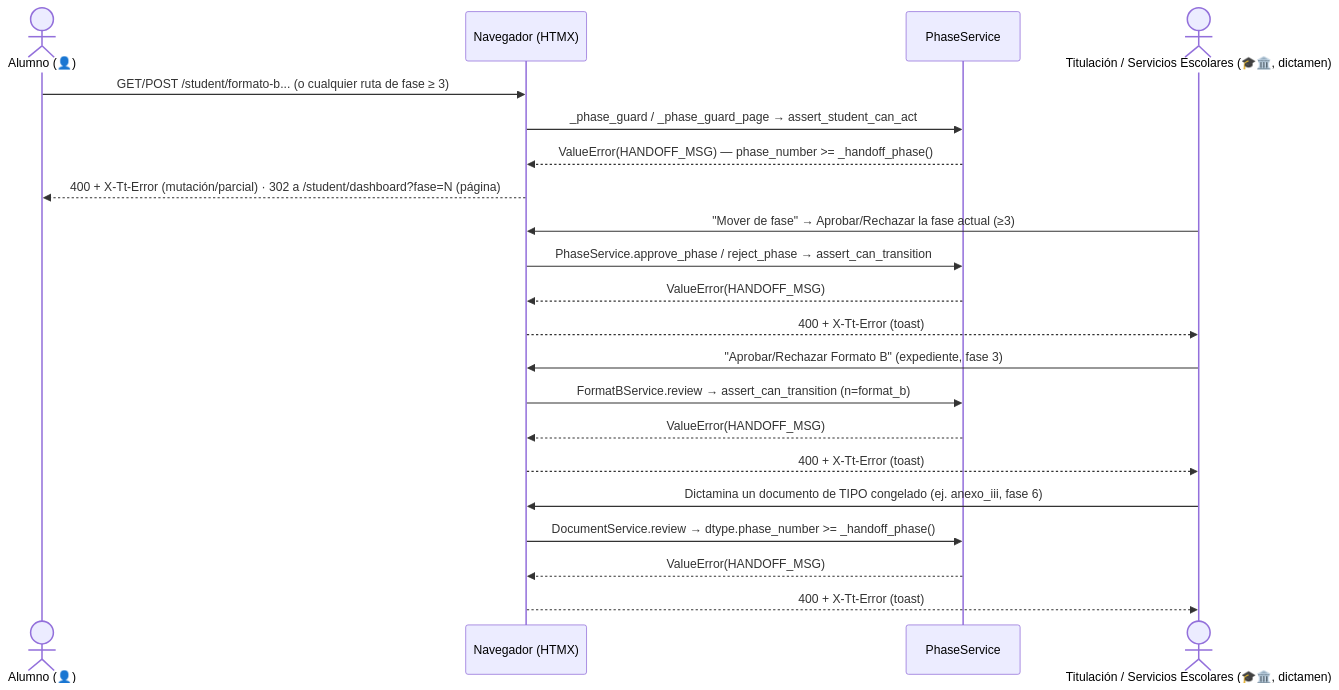
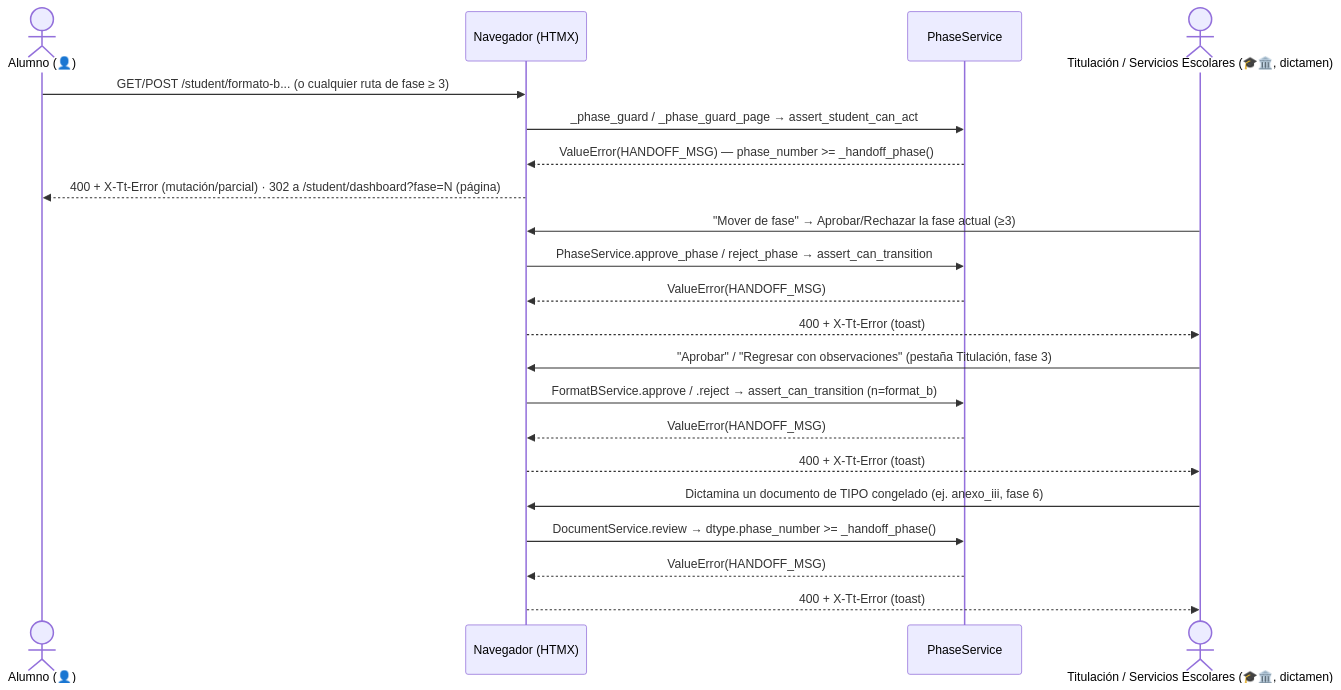
Before and after one commit to Erne1357/itcj: the first of 2 diagrams in itcj2/apps/titulatec/docs/flows/xcut_titulacion_handoff.md, drawn with Mermaid. The commit also changed other lines of this file and 9 other files, not shown here.

````diff
--- a/itcj2/apps/titulatec/docs/flows/xcut_titulacion_handoff.md
+++ b/itcj2/apps/titulatec/docs/flows/xcut_titulacion_handoff.md
@@ -42,27 +42,27 @@
 ```mermaid
 sequenceDiagram
     actor S as Alumno (👤)
     participant FE as Navegador (HTMX)
     participant PS as PhaseService
     actor T as Titulación / Servicios Escolares (🎓🏛️, dictamen)
 
     S->>FE: GET/POST /student/formato-b... (o cualquier ruta de fase ≥ 3)
     FE->>PS: _phase_guard / _phase_guard_page → assert_student_can_act
     PS-->>FE: ValueError(HANDOFF_MSG) — phase_number >= _handoff_phase()
     FE-->>S: 400 + X-Tt-Error (mutación/parcial) · 302 a /student/dashboard?fase=N (página)
 
     T->>FE: "Mover de fase" → Aprobar/Rechazar la fase actual (≥3)
     FE->>PS: PhaseService.approve_phase / reject_phase → assert_can_transition
     PS-->>FE: ValueError(HANDOFF_MSG)
     FE-->>T: 400 + X-Tt-Error (toast)
 
-    T->>FE: "Aprobar/Rechazar Formato B" (expediente, fase 3)
-    FE->>PS: FormatBService.review → assert_can_transition (n=format_b)
+    T->>FE: "Aprobar" / "Regresar con observaciones" (pestaña Titulación, fase 3)
+    FE->>PS: FormatBService.approve / .reject → assert_can_transition (n=format_b)
     PS-->>FE: ValueError(HANDOFF_MSG)
     FE-->>T: 400 + X-Tt-Error (toast)
 
     T->>FE: Dictamina un documento de TIPO congelado (ej. anexo_iii, fase 6)
     FE->>PS: DocumentService.review → dtype.phase_number >= _handoff_phase()
     PS-->>FE: ValueError(HANDOFF_MSG)
     FE-->>T: 400 + X-Tt-Error (toast)
 ```
````
